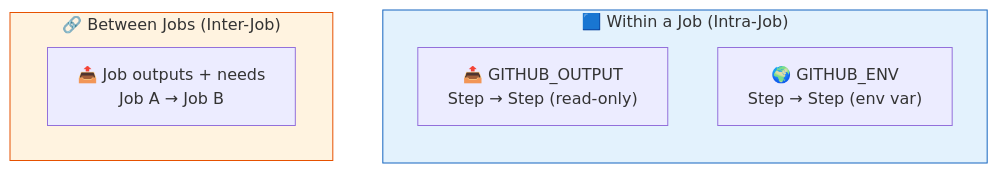
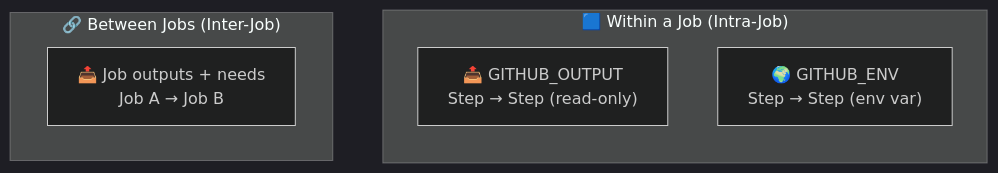
One commit to vishutyagi0210/github-ci-cd-with-labs changed the first of 4 diagrams in 06-passing-variables/README.md. Above: the diagram before and after it, drawn with Mermaid. The commit also changed other lines of this file and 13 other files, not shown here.

Commit message:
fix: switch all mermaid diagrams to dark theme for better readability

````diff
--- a/06-passing-variables/README.md
+++ b/06-passing-variables/README.md
@@ -9,15 +9,14 @@
 ```mermaid
+%%{init: {"theme": "dark"}}%%
 graph TD
     subgraph INTRA["🟦 Within a Job (Intra-Job)"]
         direction TB
         M1["📤 GITHUB_OUTPUT<br/>Step → Step (read-only)"]
         M2["🌍 GITHUB_ENV<br/>Step → Step (env var)"]
     end
 
     subgraph INTER["🔗 Between Jobs (Inter-Job)"]
         M3["📤 Job outputs + needs<br/>Job A → Job B"]
     end
 
-    style INTRA fill:#e3f2fd,stroke:#1565c0
-    style INTER fill:#fff3e0,stroke:#e65100
 ```
````
